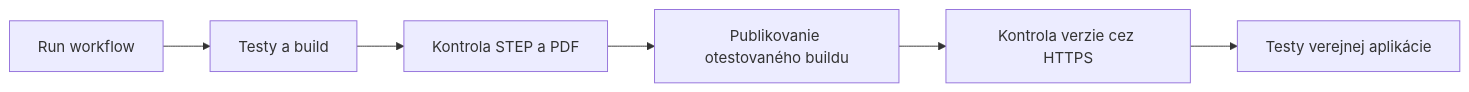
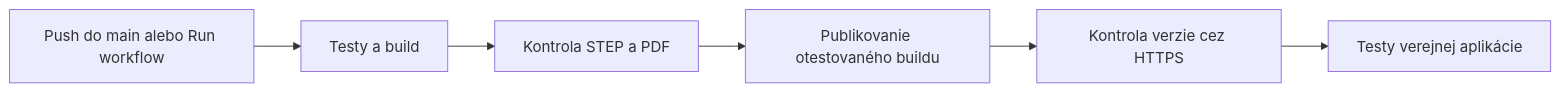
Before and after one commit to bucala/GreatGearGenerator: the diagram in README.md, drawn with Mermaid. The commit also changed other lines of this file and 6 other files, not shown here.

````diff
--- a/README.md
+++ b/README.md
@@ -78,8 +78,8 @@
 ```mermaid
 flowchart LR
-    A[Run workflow] --> B[Testy a build]
+    A[Push do main alebo Run workflow] --> B[Testy a build]
     B --> C[Kontrola STEP a PDF]
     C --> D[Publikovanie otestovaného buildu]
     D --> E[Kontrola verzie cez HTTPS]
     E --> F[Testy verejnej aplikácie]
 ```
````
